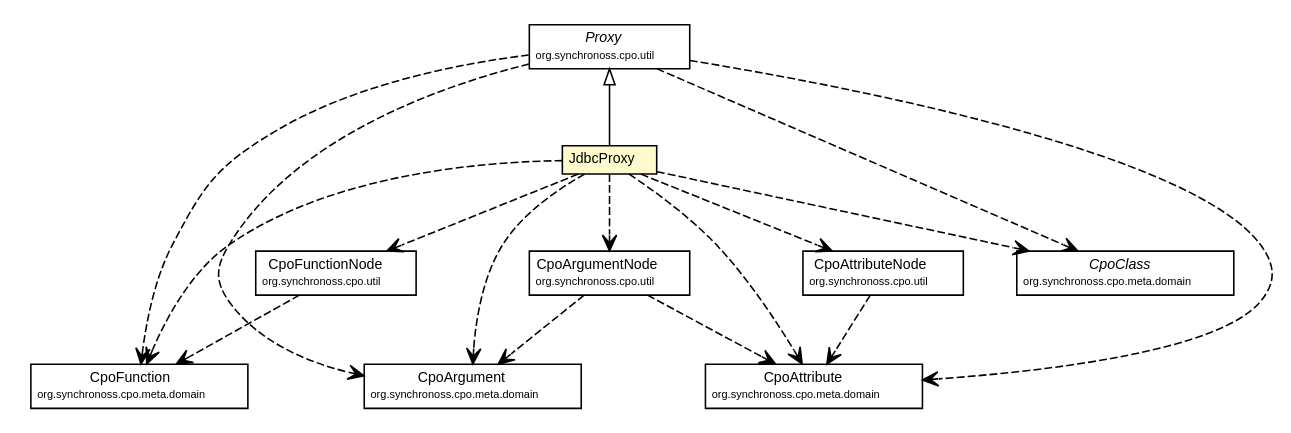
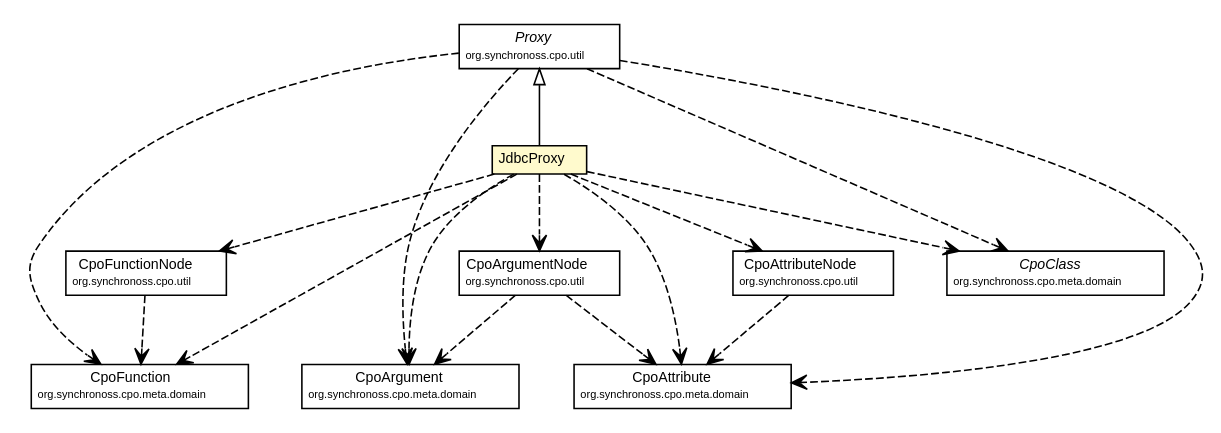
The diagram in site/apidocs/org/synchronoss/cpo/util/jdbc/JdbcProxy.dot (synchronoss/cpo-util), drawn with Graphviz before and after one commit. The commit also changed 406 other files, not shown here.

Commit message:
Creating site for cpoUtil, 5.1.1-SNAPSHOT

```diff
--- a/site/apidocs/org/synchronoss/cpo/util/jdbc/JdbcProxy.dot
+++ b/site/apidocs/org/synchronoss/cpo/util/jdbc/JdbcProxy.dot
@@ -7,98 +7,98 @@
 digraph G {
 	edge [fontname="Helvetica",fontsize=10,labelfontname="Helvetica",labelfontsize=10];
 	node [fontname="Helvetica",fontsize=10,shape=plaintext];
+	// org.synchronoss.cpo.util.Proxy
+	c3833 [label=<<table border="0" cellborder="1" cellspacing="0" cellpadding="2" port="p" href="../Proxy.html">
+		<tr><td><table border="0" cellspacing="0" cellpadding="1">
+			<tr><td><font face="Helvetica-Oblique"> Proxy </font></td></tr>
+			<tr><td><font point-size="7.0"> org.synchronoss.cpo.util </font></td></tr>
+		</table></td></tr>
+		</table>>, fontname="Helvetica", fontcolor="black", fontsize=9.0];
+	// org.synchronoss.cpo.util.CpoFunctionNode
+	c3845 [label=<<table border="0" cellborder="1" cellspacing="0" cellpadding="2" port="p" href="../CpoFunctionNode.html">
+		<tr><td><table border="0" cellspacing="0" cellpadding="1">
+			<tr><td> CpoFunctionNode </td></tr>
+			<tr><td><font point-size="7.0"> org.synchronoss.cpo.util </font></td></tr>
+		</table></td></tr>
+		</table>>, fontname="Helvetica", fontcolor="black", fontsize=9.0];
 	// org.synchronoss.cpo.util.CpoAttributeNode
-	c4415 [label=<<table border="0" cellborder="1" cellspacing="0" cellpadding="2" port="p" href="../CpoAttributeNode.html">
+	c3854 [label=<<table border="0" cellborder="1" cellspacing="0" cellpadding="2" port="p" href="../CpoAttributeNode.html">
 		<tr><td><table border="0" cellspacing="0" cellpadding="1">
 			<tr><td> CpoAttributeNode </td></tr>
 			<tr><td><font point-size="7.0"> org.synchronoss.cpo.util </font></td></tr>
 		</table></td></tr>
 		</table>>, fontname="Helvetica", fontcolor="black", fontsize=9.0];
-	// org.synchronoss.cpo.util.CpoFunctionNode
-	c4430 [label=<<table border="0" cellborder="1" cellspacing="0" cellpadding="2" port="p" href="../CpoFunctionNode.html">
-		<tr><td><table border="0" cellspacing="0" cellpadding="1">
-			<tr><td> CpoFunctionNode </td></tr>
-			<tr><td><font point-size="7.0"> org.synchronoss.cpo.util </font></td></tr>
-		</table></td></tr>
-		</table>>, fontname="Helvetica", fontcolor="black", fontsize=9.0];
 	// org.synchronoss.cpo.util.CpoArgumentNode
-	c4434 [label=<<table border="0" cellborder="1" cellspacing="0" cellpadding="2" port="p" href="../CpoArgumentNode.html">
+	c3856 [label=<<table border="0" cellborder="1" cellspacing="0" cellpadding="2" port="p" href="../CpoArgumentNode.html">
 		<tr><td><table border="0" cellspacing="0" cellpadding="1">
 			<tr><td> CpoArgumentNode </td></tr>
 			<tr><td><font point-size="7.0"> org.synchronoss.cpo.util </font></td></tr>
 		</table></td></tr>
 		</table>>, fontname="Helvetica", fontcolor="black", fontsize=9.0];
-	// org.synchronoss.cpo.util.Proxy
-	c4438 [label=<<table border="0" cellborder="1" cellspacing="0" cellpadding="2" port="p" href="../Proxy.html">
-		<tr><td><table border="0" cellspacing="0" cellpadding="1">
-			<tr><td><font face="Helvetica-Oblique"> Proxy </font></td></tr>
-			<tr><td><font point-size="7.0"> org.synchronoss.cpo.util </font></td></tr>
-		</table></td></tr>
-		</table>>, fontname="Helvetica", fontcolor="black", fontsize=9.0];
 	// org.synchronoss.cpo.util.jdbc.JdbcProxy
-	c4453 [label=<<table border="0" cellborder="1" cellspacing="0" cellpadding="2" port="p" bgcolor="lemonChiffon" href="./JdbcProxy.html">
+	c3867 [label=<<table border="0" cellborder="1" cellspacing="0" cellpadding="2" port="p" bgcolor="lemonChiffon" href="./JdbcProxy.html">
 		<tr><td><table border="0" cellspacing="0" cellpadding="1">
 			<tr><td> JdbcProxy </td></tr>
 		</table></td></tr>
 		</table>>, fontname="Helvetica", fontcolor="black", fontsize=9.0];
 	//org.synchronoss.cpo.util.jdbc.JdbcProxy extends org.synchronoss.cpo.util.Proxy
-	c4438:p -> c4453:p [dir=back,arrowtail=empty];
+	c3833:p -> c3867:p [dir=back,arrowtail=empty];
+	// org.synchronoss.cpo.util.Proxy DEPEND org.synchronoss.cpo.meta.domain.CpoArgument
+	c3833:p -> c3895:p [taillabel="", label="", headlabel="", fontname="Helvetica", fontcolor="black", fontsize=10.0, color="black", arrowhead=open, style=dashed];
+	// org.synchronoss.cpo.util.Proxy DEPEND org.synchronoss.cpo.meta.domain.CpoClass
+	c3833:p -> c3896:p [taillabel="", label="", headlabel="", fontname="Helvetica", fontcolor="black", fontsize=10.0, color="black", arrowhead=open, style=dashed];
+	// org.synchronoss.cpo.util.Proxy DEPEND org.synchronoss.cpo.meta.domain.CpoFunction
+	c3833:p -> c3897:p [taillabel="", label="", headlabel="", fontname="Helvetica", fontcolor="black", fontsize=10.0, color="black", arrowhead=open, style=dashed];
+	// org.synchronoss.cpo.util.Proxy DEPEND org.synchronoss.cpo.meta.domain.CpoAttribute
+	c3833:p -> c3898:p [taillabel="", label="", headlabel="", fontname="Helvetica", fontcolor="black", fontsize=10.0, color="black", arrowhead=open, style=dashed];
+	// org.synchronoss.cpo.util.CpoFunctionNode DEPEND org.synchronoss.cpo.meta.domain.CpoFunction
+	c3845:p -> c3897:p [taillabel="", label="", headlabel="", fontname="Helvetica", fontcolor="black", fontsize=10.0, color="black", arrowhead=open, style=dashed];
 	// org.synchronoss.cpo.util.CpoAttributeNode DEPEND org.synchronoss.cpo.meta.domain.CpoAttribute
-	c4415:p -> c4473:p [taillabel="", label="", headlabel="", fontname="Helvetica", fontcolor="black", fontsize=10.0, color="black", arrowhead=open, style=dashed];
-	// org.synchronoss.cpo.util.CpoFunctionNode DEPEND org.synchronoss.cpo.meta.domain.CpoFunction
-	c4430:p -> c4474:p [taillabel="", label="", headlabel="", fontname="Helvetica", fontcolor="black", fontsize=10.0, color="black", arrowhead=open, style=dashed];
+	c3854:p -> c3898:p [taillabel="", label="", headlabel="", fontname="Helvetica", fontcolor="black", fontsize=10.0, color="black", arrowhead=open, style=dashed];
 	// org.synchronoss.cpo.util.CpoArgumentNode DEPEND org.synchronoss.cpo.meta.domain.CpoArgument
-	c4434:p -> c4475:p [taillabel="", label="", headlabel="", fontname="Helvetica", fontcolor="black", fontsize=10.0, color="black", arrowhead=open, style=dashed];
+	c3856:p -> c3895:p [taillabel="", label="", headlabel="", fontname="Helvetica", fontcolor="black", fontsize=10.0, color="black", arrowhead=open, style=dashed];
 	// org.synchronoss.cpo.util.CpoArgumentNode DEPEND org.synchronoss.cpo.meta.domain.CpoAttribute
-	c4434:p -> c4473:p [taillabel="", label="", headlabel="", fontname="Helvetica", fontcolor="black", fontsize=10.0, color="black", arrowhead=open, style=dashed];
-	// org.synchronoss.cpo.util.Proxy DEPEND org.synchronoss.cpo.meta.domain.CpoClass
-	c4438:p -> c4476:p [taillabel="", label="", headlabel="", fontname="Helvetica", fontcolor="black", fontsize=10.0, color="black", arrowhead=open, style=dashed];
-	// org.synchronoss.cpo.util.Proxy DEPEND org.synchronoss.cpo.meta.domain.CpoArgument
-	c4438:p -> c4475:p [taillabel="", label="", headlabel="", fontname="Helvetica", fontcolor="black", fontsize=10.0, color="black", arrowhead=open, style=dashed];
-	// org.synchronoss.cpo.util.Proxy DEPEND org.synchronoss.cpo.meta.domain.CpoFunction
-	c4438:p -> c4474:p [taillabel="", label="", headlabel="", fontname="Helvetica", fontcolor="black", fontsize=10.0, color="black", arrowhead=open, style=dashed];
-	// org.synchronoss.cpo.util.Proxy DEPEND org.synchronoss.cpo.meta.domain.CpoAttribute
-	c4438:p -> c4473:p [taillabel="", label="", headlabel="", fontname="Helvetica", fontcolor="black", fontsize=10.0, color="black", arrowhead=open, style=dashed];
+	c3856:p -> c3898:p [taillabel="", label="", headlabel="", fontname="Helvetica", fontcolor="black", fontsize=10.0, color="black", arrowhead=open, style=dashed];
+	// org.synchronoss.cpo.util.jdbc.JdbcProxy DEPEND org.synchronoss.cpo.util.CpoFunctionNode
+	c3867:p -> c3845:p [taillabel="", label="", headlabel="", fontname="Helvetica", fontcolor="black", fontsize=10.0, color="black", arrowhead=open, style=dashed];
+	// org.synchronoss.cpo.util.jdbc.JdbcProxy DEPEND org.synchronoss.cpo.util.CpoAttributeNode
+	c3867:p -> c3854:p [taillabel="", label="", headlabel="", fontname="Helvetica", fontcolor="black", fontsize=10.0, color="black", arrowhead=open, style=dashed];
+	// org.synchronoss.cpo.util.jdbc.JdbcProxy DEPEND org.synchronoss.cpo.util.CpoArgumentNode
+	c3867:p -> c3856:p [taillabel="", label="", headlabel="", fontname="Helvetica", fontcolor="black", fontsize=10.0, color="black", arrowhead=open, style=dashed];
+	// org.synchronoss.cpo.util.jdbc.JdbcProxy DEPEND org.synchronoss.cpo.meta.domain.CpoFunction
+	c3867:p -> c3897:p [taillabel="", label="", headlabel="", fontname="Helvetica", fontcolor="black", fontsize=10.0, color="black", arrowhead=open, style=dashed];
+	// org.synchronoss.cpo.util.jdbc.JdbcProxy DEPEND org.synchronoss.cpo.meta.domain.CpoArgument
+	c3867:p -> c3895:p [taillabel="", label="", headlabel="", fontname="Helvetica", fontcolor="black", fontsize=10.0, color="black", arrowhead=open, style=dashed];
 	// org.synchronoss.cpo.util.jdbc.JdbcProxy DEPEND org.synchronoss.cpo.meta.domain.CpoClass
-	c4453:p -> c4476:p [taillabel="", label="", headlabel="", fontname="Helvetica", fontcolor="black", fontsize=10.0, color="black", arrowhead=open, style=dashed];
-	// org.synchronoss.cpo.util.jdbc.JdbcProxy DEPEND org.synchronoss.cpo.util.CpoAttributeNode
-	c4453:p -> c4415:p [taillabel="", label="", headlabel="", fontname="Helvetica", fontcolor="black", fontsize=10.0, color="black", arrowhead=open, style=dashed];
-	// org.synchronoss.cpo.util.jdbc.JdbcProxy DEPEND org.synchronoss.cpo.meta.domain.CpoArgument
-	c4453:p -> c4475:p [taillabel="", label="", headlabel="", fontname="Helvetica", fontcolor="black", fontsize=10.0, color="black", arrowhead=open, style=dashed];
-	// org.synchronoss.cpo.util.jdbc.JdbcProxy DEPEND org.synchronoss.cpo.util.CpoFunctionNode
-	c4453:p -> c4430:p [taillabel="", label="", headlabel="", fontname="Helvetica", fontcolor="black", fontsize=10.0, color="black", arrowhead=open, style=dashed];
+	c3867:p -> c3896:p [taillabel="", label="", headlabel="", fontname="Helvetica", fontcolor="black", fontsize=10.0, color="black", arrowhead=open, style=dashed];
 	// org.synchronoss.cpo.util.jdbc.JdbcProxy DEPEND org.synchronoss.cpo.meta.domain.CpoAttribute
-	c4453:p -> c4473:p [taillabel="", label="", headlabel="", fontname="Helvetica", fontcolor="black", fontsize=10.0, color="black", arrowhead=open, style=dashed];
-	// org.synchronoss.cpo.util.jdbc.JdbcProxy DEPEND org.synchronoss.cpo.util.CpoArgumentNode
-	c4453:p -> c4434:p [taillabel="", label="", headlabel="", fontname="Helvetica", fontcolor="black", fontsize=10.0, color="black", arrowhead=open, style=dashed];
-	// org.synchronoss.cpo.util.jdbc.JdbcProxy DEPEND org.synchronoss.cpo.meta.domain.CpoFunction
-	c4453:p -> c4474:p [taillabel="", label="", headlabel="", fontname="Helvetica", fontcolor="black", fontsize=10.0, color="black", arrowhead=open, style=dashed];
+	c3867:p -> c3898:p [taillabel="", label="", headlabel="", fontname="Helvetica", fontcolor="black", fontsize=10.0, color="black", arrowhead=open, style=dashed];
 	// org.synchronoss.cpo.meta.domain.CpoClass
-	c4476 [label=<<table border="0" cellborder="1" cellspacing="0" cellpadding="2" port="p" href="http://java.sun.com/j2se/1.4.2/docs/api/org/synchronoss/cpo/meta/domain/CpoClass.html">
+	c3896 [label=<<table border="0" cellborder="1" cellspacing="0" cellpadding="2" port="p" href="http://java.sun.com/j2se/1.4.2/docs/api/org/synchronoss/cpo/meta/domain/CpoClass.html">
 		<tr><td><table border="0" cellspacing="0" cellpadding="1">
 			<tr><td><font face="Helvetica-Oblique"> CpoClass </font></td></tr>
 			<tr><td><font point-size="7.0"> org.synchronoss.cpo.meta.domain </font></td></tr>
 		</table></td></tr>
 		</table>>, fontname="Helvetica", fontcolor="black", fontsize=9.0];
-	// org.synchronoss.cpo.meta.domain.CpoArgument
-	c4475 [label=<<table border="0" cellborder="1" cellspacing="0" cellpadding="2" port="p" href="http://java.sun.com/j2se/1.4.2/docs/api/org/synchronoss/cpo/meta/domain/CpoArgument.html">
-		<tr><td><table border="0" cellspacing="0" cellpadding="1">
-			<tr><td> CpoArgument </td></tr>
-			<tr><td><font point-size="7.0"> org.synchronoss.cpo.meta.domain </font></td></tr>
-		</table></td></tr>
-		</table>>, fontname="Helvetica", fontcolor="black", fontsize=9.0];
 	// org.synchronoss.cpo.meta.domain.CpoAttribute
-	c4473 [label=<<table border="0" cellborder="1" cellspacing="0" cellpadding="2" port="p" href="http://java.sun.com/j2se/1.4.2/docs/api/org/synchronoss/cpo/meta/domain/CpoAttribute.html">
+	c3898 [label=<<table border="0" cellborder="1" cellspacing="0" cellpadding="2" port="p" href="http://java.sun.com/j2se/1.4.2/docs/api/org/synchronoss/cpo/meta/domain/CpoAttribute.html">
 		<tr><td><table border="0" cellspacing="0" cellpadding="1">
 			<tr><td> CpoAttribute </td></tr>
 			<tr><td><font point-size="7.0"> org.synchronoss.cpo.meta.domain </font></td></tr>
 		</table></td></tr>
 		</table>>, fontname="Helvetica", fontcolor="black", fontsize=9.0];
 	// org.synchronoss.cpo.meta.domain.CpoFunction
-	c4474 [label=<<table border="0" cellborder="1" cellspacing="0" cellpadding="2" port="p" href="http://java.sun.com/j2se/1.4.2/docs/api/org/synchronoss/cpo/meta/domain/CpoFunction.html">
+	c3897 [label=<<table border="0" cellborder="1" cellspacing="0" cellpadding="2" port="p" href="http://java.sun.com/j2se/1.4.2/docs/api/org/synchronoss/cpo/meta/domain/CpoFunction.html">
 		<tr><td><table border="0" cellspacing="0" cellpadding="1">
 			<tr><td> CpoFunction </td></tr>
 			<tr><td><font point-size="7.0"> org.synchronoss.cpo.meta.domain </font></td></tr>
 		</table></td></tr>
 		</table>>, fontname="Helvetica", fontcolor="black", fontsize=9.0];
+	// org.synchronoss.cpo.meta.domain.CpoArgument
+	c3895 [label=<<table border="0" cellborder="1" cellspacing="0" cellpadding="2" port="p" href="http://java.sun.com/j2se/1.4.2/docs/api/org/synchronoss/cpo/meta/domain/CpoArgument.html">
+		<tr><td><table border="0" cellspacing="0" cellpadding="1">
+			<tr><td> CpoArgument </td></tr>
+			<tr><td><font point-size="7.0"> org.synchronoss.cpo.meta.domain </font></td></tr>
+		</table></td></tr>
+		</table>>, fontname="Helvetica", fontcolor="black", fontsize=9.0];
 }
```
